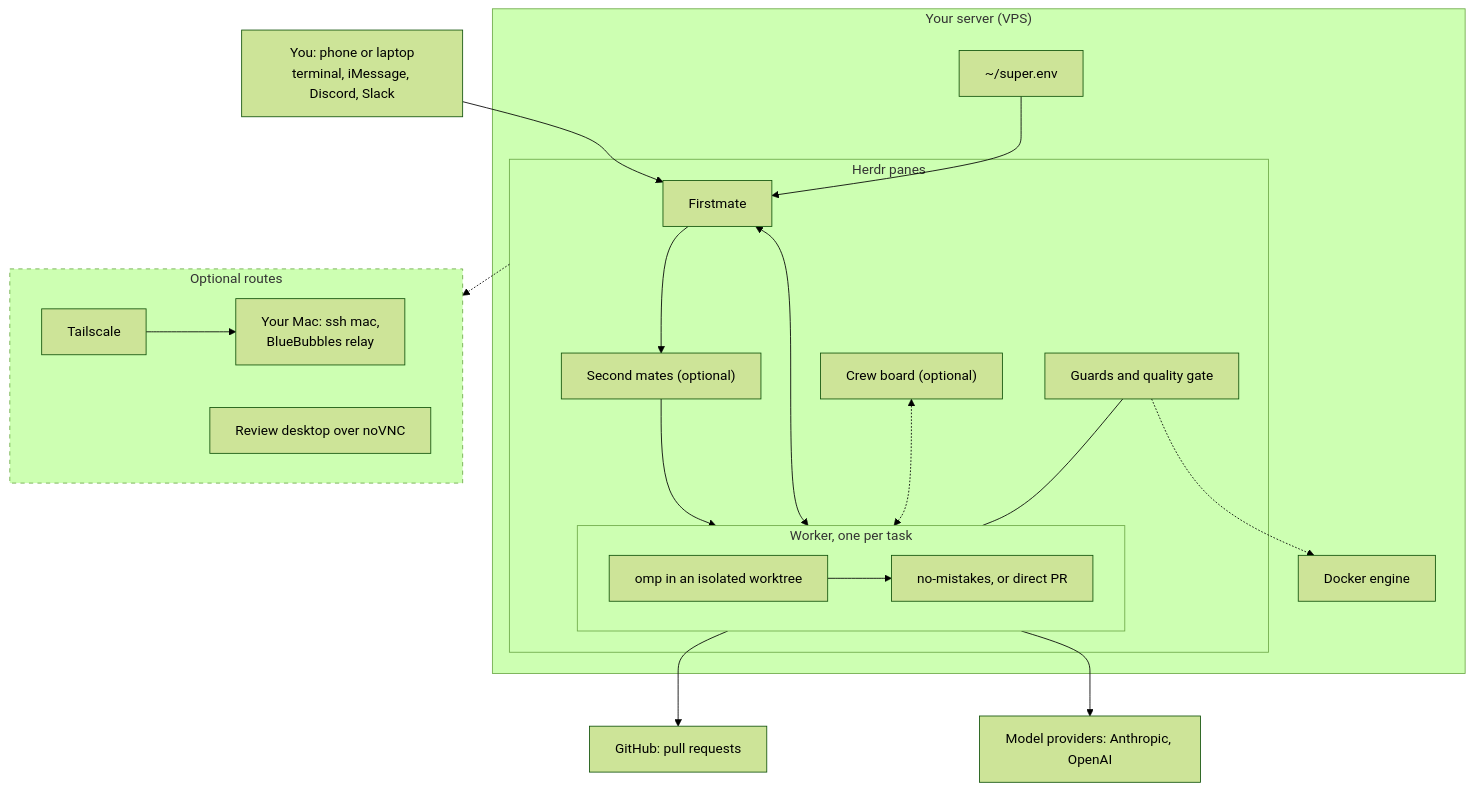
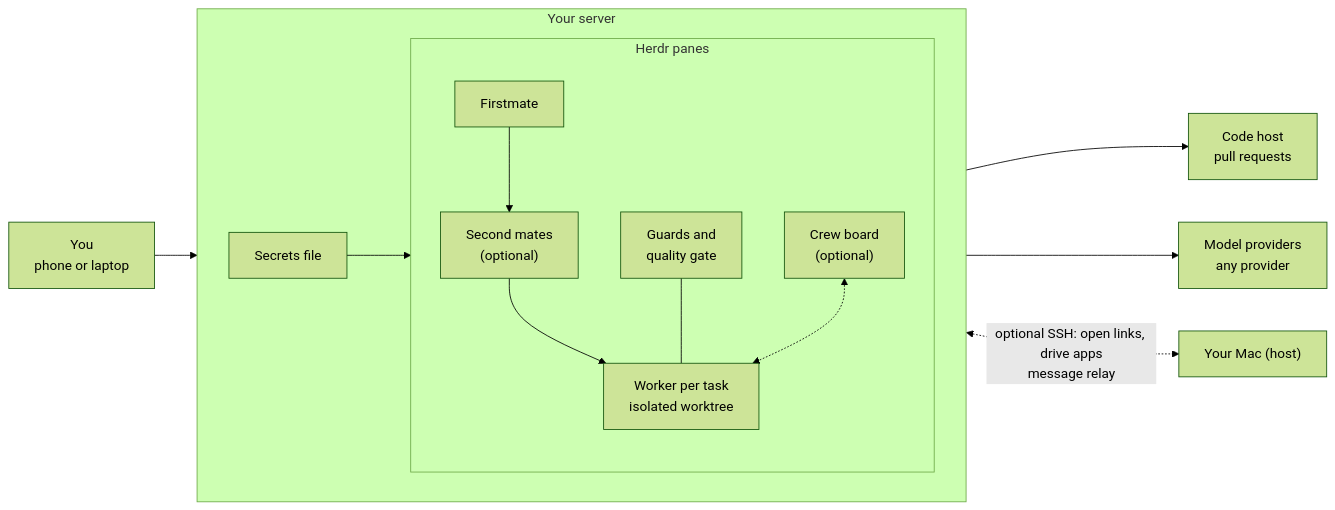
One commit to i098/Crewship changed the diagram in README.md. Above: the diagram before and after it, drawn with Mermaid (forest theme).

Commit message:
docs: simplify How it works diagram

````diff
--- a/README.md
+++ b/README.md
@@ -57,35 +57,27 @@
 ```mermaid
-flowchart TD
-    you["You: phone or laptop<br/>terminal, iMessage, Discord, Slack"]
-    subgraph vps["Your server (VPS)"]
-        env["~/super.env"]
+flowchart LR
+    you["You<br/>phone or laptop"]
+    subgraph vps["Your server"]
+        direction LR
+        secrets["Secrets file"]
         subgraph herdr["Herdr panes"]
+            direction TB
             fm["Firstmate"]
-            sm["Second mates (optional)"]
-            board["Crew board (optional)"]
-            gates["Guards and quality gate"]
-            subgraph worker["Worker, one per task"]
-                omp["omp in an isolated worktree"] --> nm["no-mistakes, or direct PR"]
-            end
+            sm["Second mates<br/>(optional)"]
+            worker["Worker per task<br/>isolated worktree"]
+            gates["Guards and<br/>quality gate"]
+            board["Crew board<br/>(optional)"]
+            fm --> sm --> worker
+            gates --- worker
+            board <-.-> worker
         end
-        docker["Docker engine"]
+        secrets --> fm
     end
-    gh["GitHub: pull requests"]
-    models["Model providers: Anthropic, OpenAI"]
-    subgraph opt["Optional routes"]
-        ts["Tailscale"] --> mac["Your Mac: ssh mac,<br/>BlueBubbles relay"]
-        desktop["Review desktop over noVNC"]
-    end
+    mac["Your Mac (host)"]
+    gh["Code host<br/>pull requests"]
+    models["Model providers<br/>any provider"]
     you --> fm
-    env --> fm
-    fm --> sm
-    sm --> worker
-    fm <--> worker
-    board <-.-> worker
-    gates --- worker
-    gates -.-> docker
+    herdr <-.->|"optional SSH: open links, drive apps<br/>message relay"| mac
     worker --> gh
     worker --> models
-    herdr -.-> opt
-    style opt stroke-dasharray: 5 5
 ```
````
